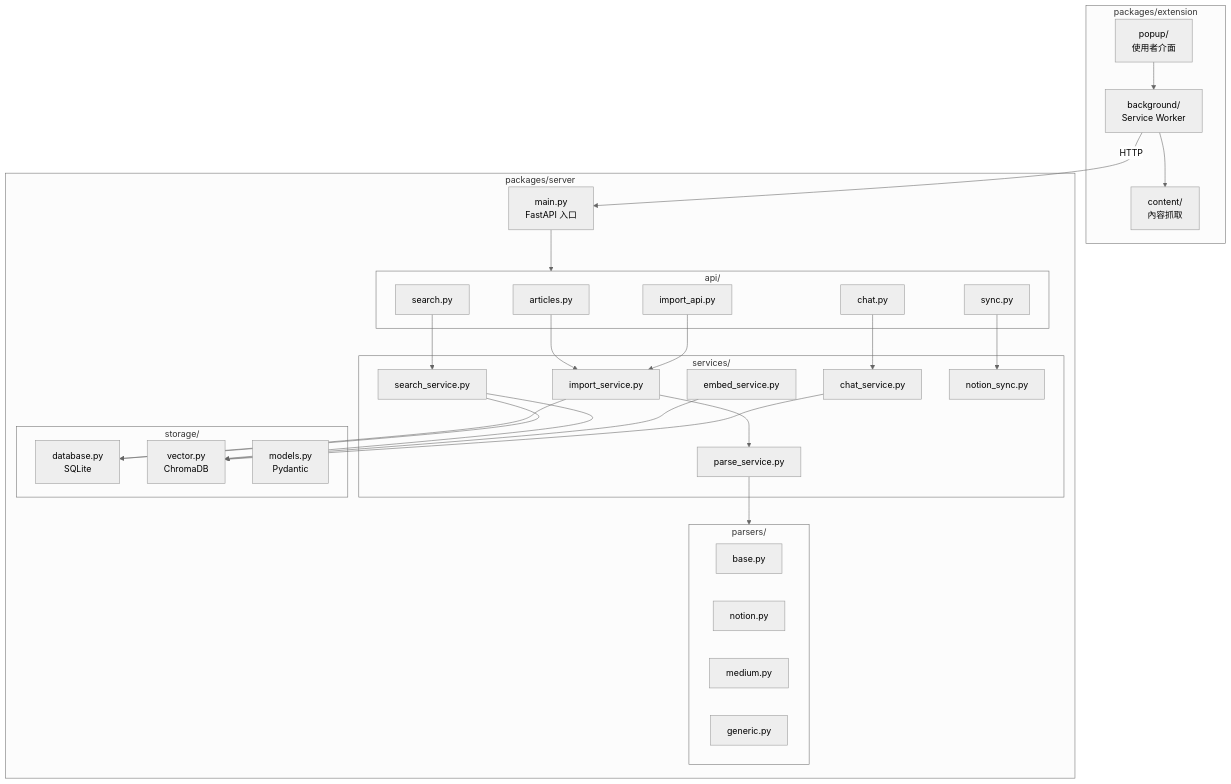
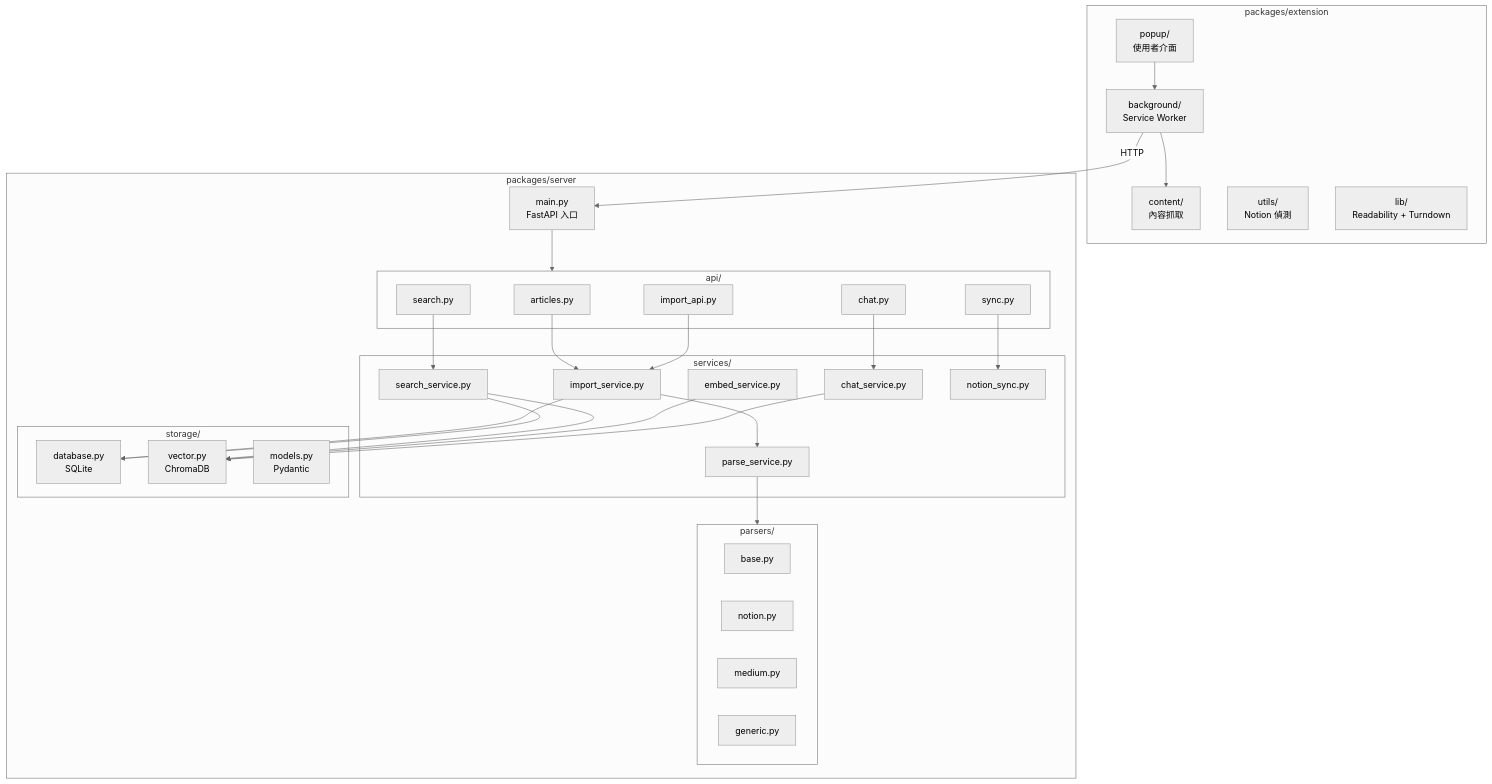
Before and after one commit to aliencat0528/knowledge-platform: the fifth of 7 diagrams in docs/ARCHITECTURE.md, drawn with Mermaid (neutral theme). The commit also changed other lines of this file and 1 other file, not shown here.

Commit message:
docs: update README and architecture for extension changes
- Update extension installation instructions (no build step needed)
- Fix extension tech stack: TypeScript -> JavaScript ES6+
- Add utils/ and lib/ to extension module diagram

````diff
--- a/docs/ARCHITECTURE.md
+++ b/docs/ARCHITECTURE.md
@@ -154,66 +154,68 @@
 ```mermaid
 graph TB
     subgraph Extension["packages/extension"]
         popup["popup/<br/>使用者介面"]
         content["content/<br/>內容抓取"]
         bg["background/<br/>Service Worker"]
+        utils["utils/<br/>Notion 偵測"]
+        lib["lib/<br/>Readability + Turndown"]
     end
 
     subgraph Server["packages/server"]
         main["main.py<br/>FastAPI 入口"]
 
         subgraph API["api/"]
             articles["articles.py"]
             search["search.py"]
             chat["chat.py"]
             import_api["import_api.py"]
             sync["sync.py"]
         end
 
         subgraph Services["services/"]
             parse_svc["parse_service.py"]
             import_svc["import_service.py"]
             search_svc["search_service.py"]
             embed_svc["embed_service.py"]
             chat_svc["chat_service.py"]
             notion_svc["notion_sync.py"]
         end
 
         subgraph Parsers["parsers/"]
             base_parser["base.py"]
             notion_parser["notion.py"]
             medium_parser["medium.py"]
             generic_parser["generic.py"]
         end
 
         subgraph Storage["storage/"]
             database["database.py<br/>SQLite"]
             vector["vector.py<br/>ChromaDB"]
             models["models.py<br/>Pydantic"]
         end
     end
 
     %% Extension connections
     popup --> bg
     bg --> content
     bg -->|HTTP| main
 
     %% API to Services
     main --> API
     articles --> import_svc
     search --> search_svc
     chat --> chat_svc
     import_api --> import_svc
     sync --> notion_svc
 
     %% Services to Parsers
     parse_svc --> Parsers
     import_svc --> parse_svc
 
     %% Services to Storage
     import_svc --> database
     search_svc --> database
     search_svc --> vector
     embed_svc --> vector
     chat_svc --> vector
 ```
````
